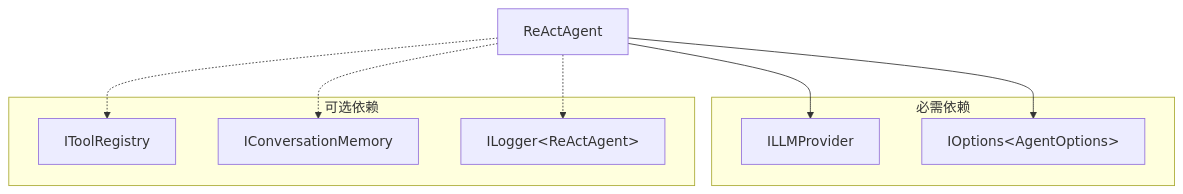
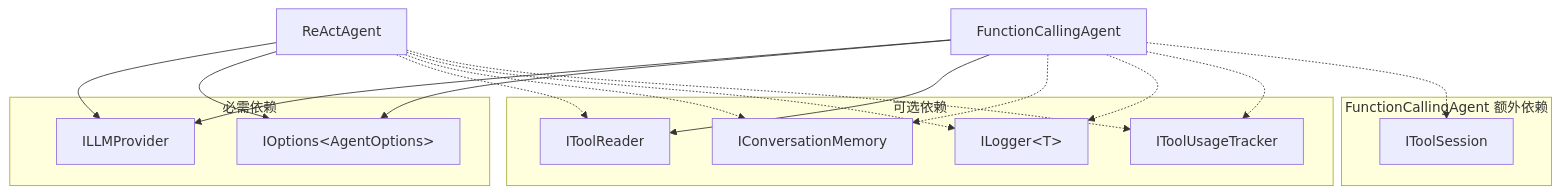
Diagram 20 of 20 in docs/architecture.md (changjian-wang/dawning-agents), drawn with Mermaid before and after one commit. The commit also changed other lines of this file, not shown here.

Commit message:
docs(architecture): sync with current codebase — mark 7 resolved issues, add FunctionCallingAgent/IReflectionEngine/IToolSession/StreamingChatEvent docs, update project tree (3 new packages, Core/ tools, Redis extensions), fix IToolReader/IToolRegistrar split, update test tree (2535 tests)

````diff
--- a/docs/architecture.md
+++ b/docs/architecture.md
@@ -3162,19 +3433,33 @@
 ```mermaid
 graph TD
     subgraph "必需依赖"
         ILLMProvider
         IOptions[IOptions&lt;AgentOptions&gt;]
     end
     
     subgraph "可选依赖"
-        IToolRegistry
+        IToolReader
         IConversationMemory
-        ILogger[ILogger&lt;ReActAgent&gt;]
+        ILogger[ILogger&lt;T&gt;]
+        IToolUsageTracker
+    end
+    
+    subgraph "FunctionCallingAgent 额外依赖"
+        IToolSession
     end
     
     ReActAgent --> ILLMProvider
     ReActAgent --> IOptions
-    ReActAgent -.-> IToolRegistry
+    ReActAgent -.-> IToolReader
     ReActAgent -.-> IConversationMemory
     ReActAgent -.-> ILogger
+    ReActAgent -.-> IToolUsageTracker
+    
+    FunctionCallingAgent --> ILLMProvider
+    FunctionCallingAgent --> IOptions
+    FunctionCallingAgent --> IToolReader
+    FunctionCallingAgent -.-> IConversationMemory
+    FunctionCallingAgent -.-> ILogger
+    FunctionCallingAgent -.-> IToolUsageTracker
+    FunctionCallingAgent -.-> IToolSession
 ```
````
